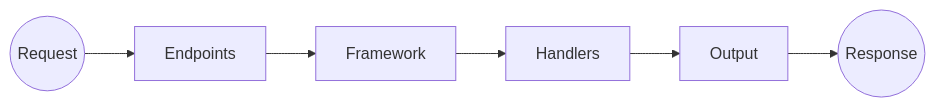
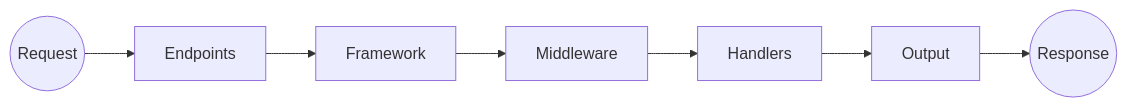
One commit to mikespub-org/seblucas-cops changed the first of 2 diagrams in DESIGN.md. Above: the diagram before and after it, drawn with Mermaid. The commit also changed other lines of this file and 8 other files, not shown here.

````diff
--- a/DESIGN.md
+++ b/DESIGN.md
@@ -24,13 +23,16 @@
 ```mermaid
 flowchart LR
   request((Request))
   endpoints[Endpoints]
   framework[Framework]
+  middleware[Middleware]
   handlers[Handlers]
   output[Output]
   response((Response))
-  request --> endpoints --> framework --> handlers --> output --> response
-  click framework "https://github.com/mikespub-org/seblucas-cops/tree/main/src" _blank
+  request --> endpoints --> framework --> middleware --> handlers --> output --> response
+  click request "https://github.com/mikespub-org/seblucas-cops/tree/main/src/Input" _blank
+  click framework "https://github.com/mikespub-org/seblucas-cops/tree/main/src/Framework" _blank
+  click middleware "https://github.com/mikespub-org/seblucas-cops/tree/main/src/Middleware" _blank
   click handlers "https://github.com/mikespub-org/seblucas-cops/tree/main/src/Handlers" _blank
   click output "https://github.com/mikespub-org/seblucas-cops/tree/main/src/Output" _blank
 ```
````
